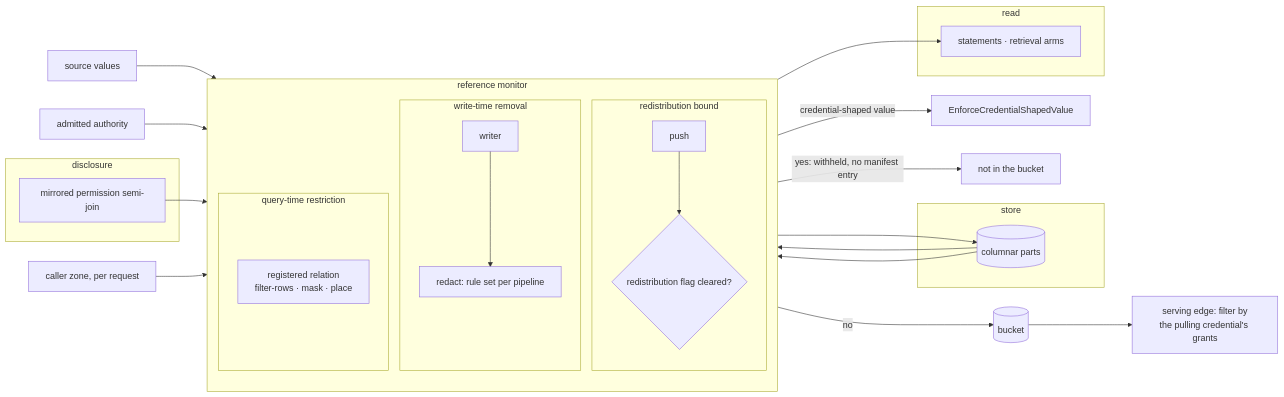
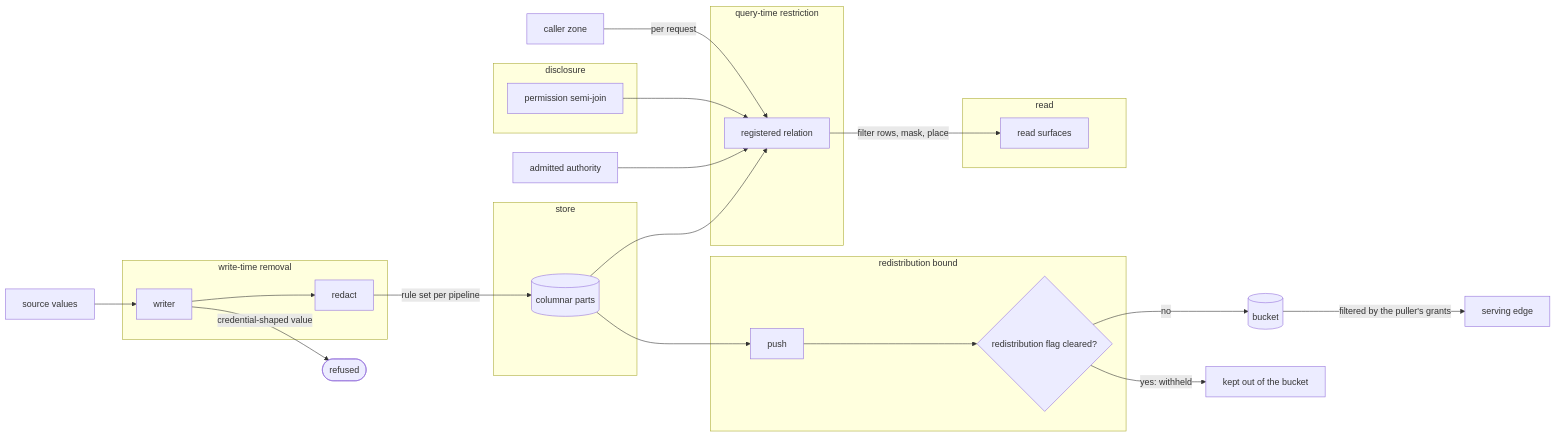
Before and after one commit to fractalboxdev/contextful: the first of 4 diagrams in spec/51-enforcement.md, drawn with Mermaid. The commit also changed other lines of this file and 24 other files, not shown here.

First line of the commit message:
spec: every flowchart draws one entity or process per node

````diff
--- a/spec/51-enforcement.md
+++ b/spec/51-enforcement.md
@@ -23,41 +23,38 @@
 ```mermaid
 flowchart LR
   SRC["source values"]
   AA["admitted authority"]
-  ZONE["caller zone, per request"]
-  subgraph RM["reference monitor"]
-    direction TB
-    subgraph L1["write-time removal"]
-      W["writer"] --> RED["redact: rule set per pipeline"]
-    end
-    subgraph L2["redistribution bound"]
-      PUSH["push"] --> WH{"redistribution flag cleared?"}
-    end
-    subgraph L3["query-time restriction"]
-      REL["registered relation<br/>filter-rows · mask · place"]
-    end
+  ZONE["caller zone"]
+  subgraph L1["write-time removal"]
+    W["writer"] --> RED["redact"]
+  end
+  subgraph L2["redistribution bound"]
+    PUSH["push"] --> WH{"redistribution flag cleared?"}
+  end
+  subgraph L3["query-time restriction"]
+    REL["registered relation"]
   end
   subgraph STORE["store"]
     PARTS[("columnar parts")]
   end
   subgraph DISC["disclosure"]
-    SJ["mirrored permission semi-join"]
+    SJ["permission semi-join"]
   end
   subgraph READ["read"]
-    RS["statements · retrieval arms"]
+    RS["read surfaces"]
   end
   BKT[("bucket")]
-  EDGE["serving edge: filter by<br/>the pulling credential's grants"]
+  EDGE["serving edge"]
   SRC --> W
-  W -- "credential-shaped value" --> RES["EnforceCredentialShapedValue"]
-  RED --> PARTS
+  W -- "credential-shaped value" --> RES(["refused"])
+  RED -- "rule set per pipeline" --> PARTS
   PARTS --> PUSH
-  WH -- "yes: withheld, no manifest entry" --> OUT["not in the bucket"]
+  WH -- "yes: withheld" --> OUT["kept out of the bucket"]
   WH -- no --> BKT
-  BKT --> EDGE
+  BKT -- "filtered by the puller's grants" --> EDGE
   PARTS --> REL
   AA --> REL
   SJ --> REL
-  ZONE --> REL
-  REL --> RS
+  ZONE -- "per request" --> REL
+  REL -- "filter rows, mask, place" --> RS
 ```
````
